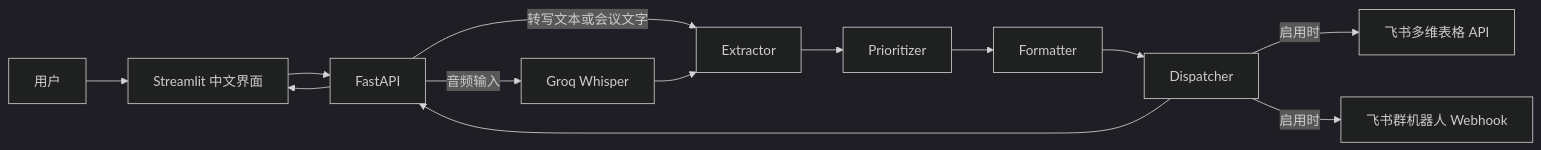
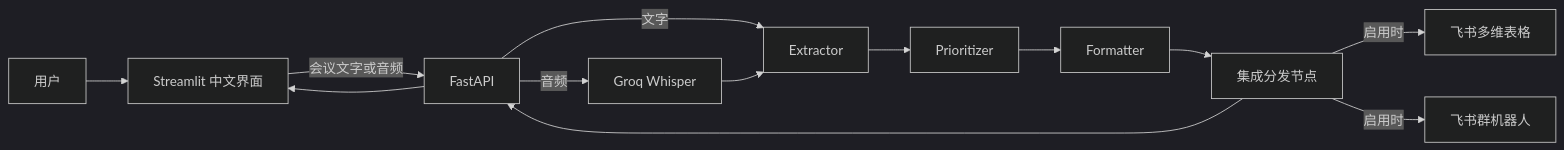
The diagram in README.md (Liuzilu0913/ActionScribe), drawn with Mermaid (dark theme) before and after one commit. The commit also changed other lines of this file and 2 other files, not shown here.

````diff
--- a/README.md
+++ b/README.md
@@ -19,15 +44,15 @@
-~~~mermaid
+```mermaid
 flowchart LR
     U[用户] --> UI[Streamlit 中文界面]
-    UI --> API[FastAPI]
-    API -->|音频输入| W[Groq Whisper]
-    API -->|转写文本或会议文字| E[Extractor]
+    UI -->|会议文字或音频| API[FastAPI]
+    API -->|音频| W[Groq Whisper]
+    API -->|文字| E[Extractor]
     W --> E
     E --> P[Prioritizer]
     P --> F[Formatter]
-    F --> D[Dispatcher]
-    D -->|启用时| B[飞书多维表格 API]
-    D -->|启用时| C[飞书群机器人 Webhook]
+    F --> D[集成分发节点]
+    D -->|启用时| B[飞书多维表格]
+    D -->|启用时| C[飞书群机器人]
     D --> API
     API --> UI
-~~~
+```
````
